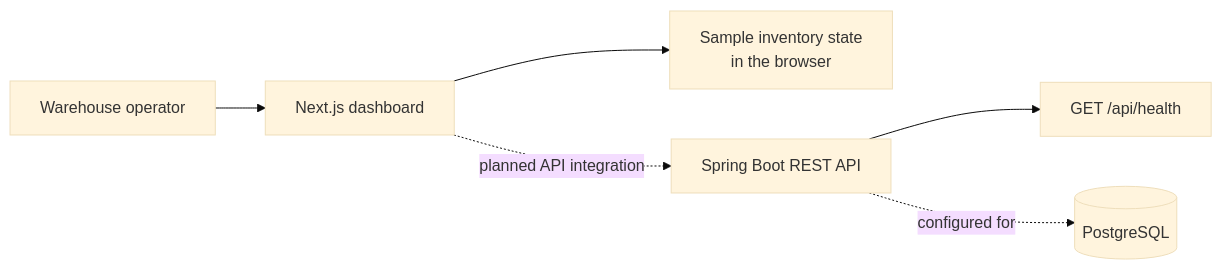
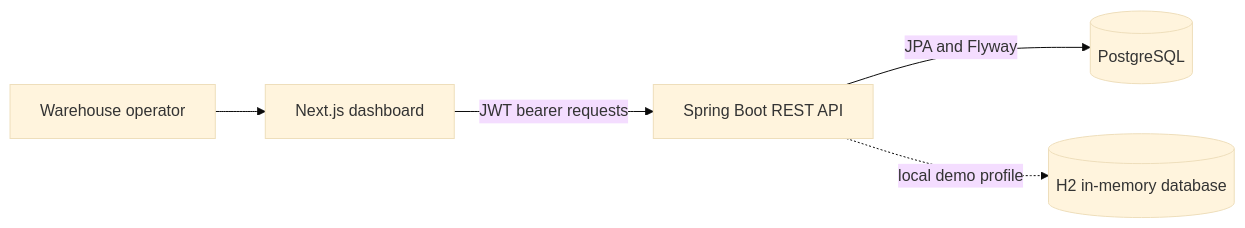
Before and after one commit to Bifrost777/Inventory-Management: the diagram in README.md, drawn with Mermaid (base theme). The commit also changed other lines of this file and 19 other files, not shown here.

````diff
--- a/README.md
+++ b/README.md
@@ -43,8 +44,7 @@
 ```mermaid
 flowchart LR
 		operator[Warehouse operator] --> ui[Next.js dashboard]
-		ui --> demo[Sample inventory state<br/>in the browser]
-		ui -. planned API integration .-> api[Spring Boot REST API]
-		api --> health[GET /api/health]
-		api -. configured for .-> db[(PostgreSQL)]
+		ui -->|JWT bearer requests| api[Spring Boot REST API]
+		api -->|JPA and Flyway| db[(PostgreSQL)]
+		api -. local demo profile .-> h2[(H2 in-memory database)]
 ```
````
